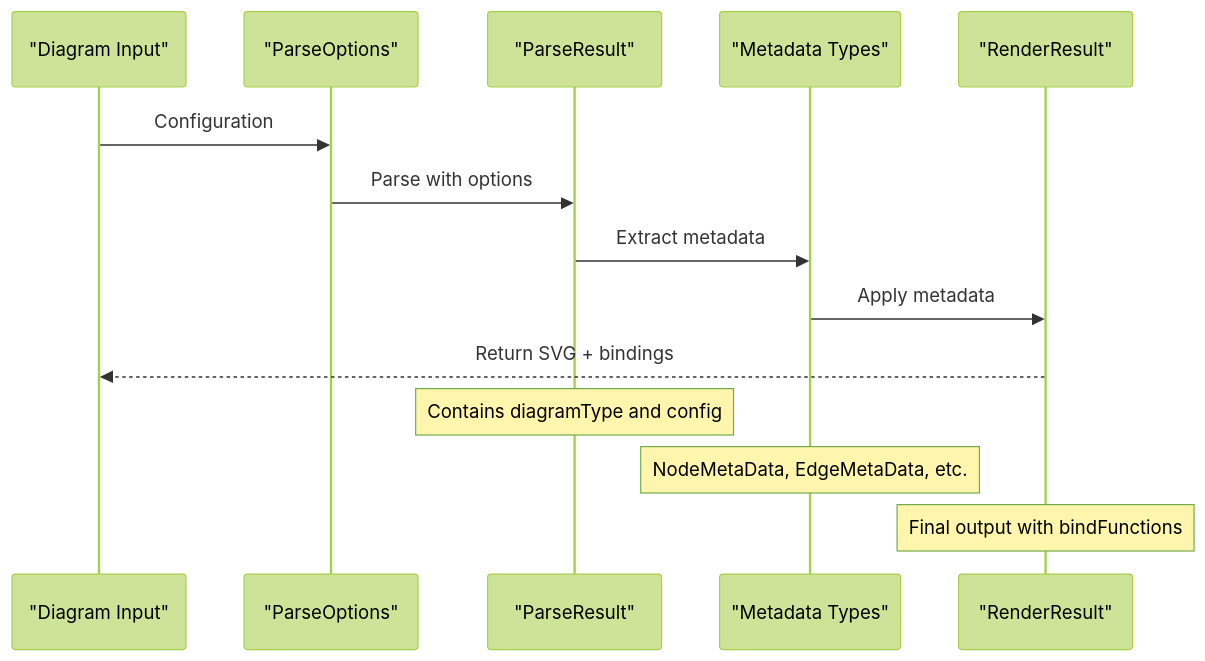
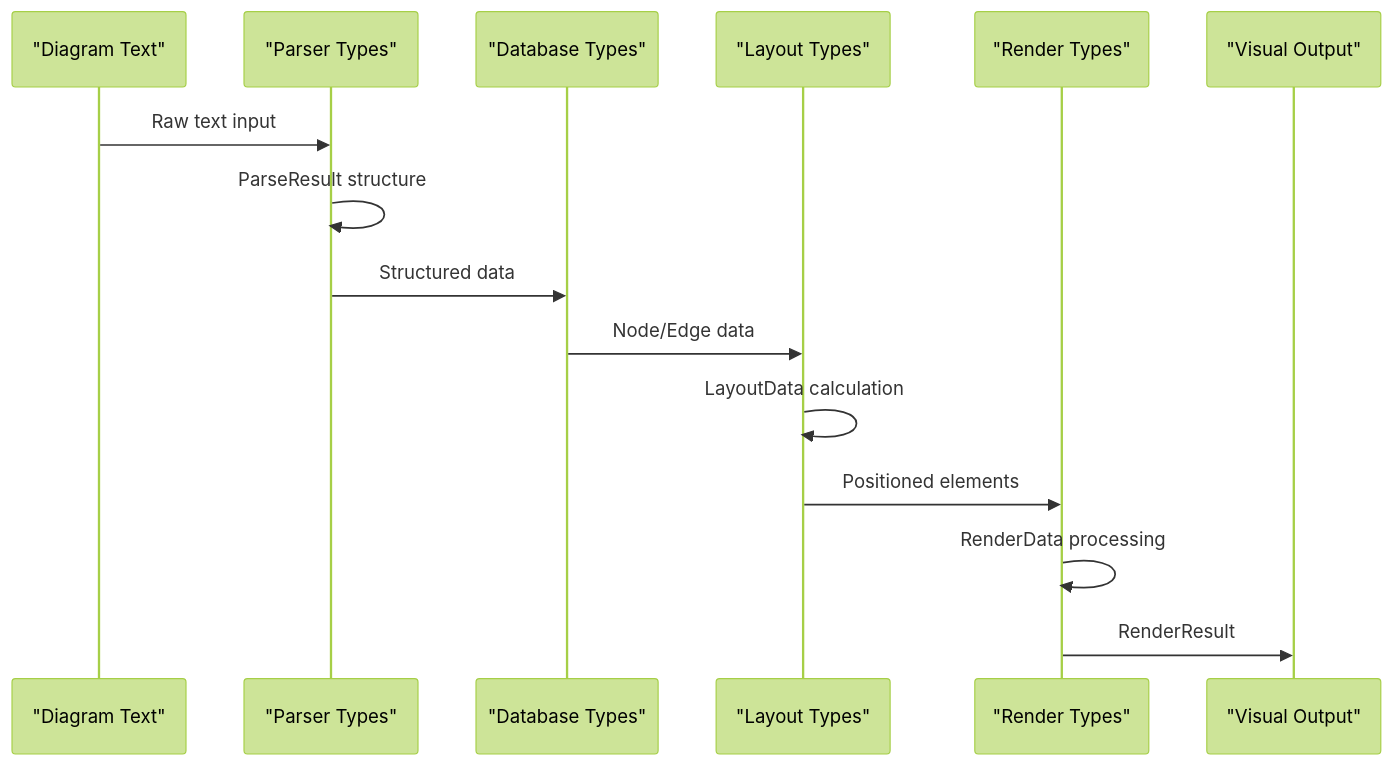
One commit to FSoft-AI4Code/codewiki-demo changed the third of 4 diagrams in docs/mermaid-js--mermaid-docs/types.md. Above: the diagram before and after it, drawn with Mermaid (forest theme). The commit also changed other lines of this file and 1103 other files, not shown here.

````diff
--- a/docs/mermaid-js--mermaid-docs/types.md
+++ b/docs/mermaid-js--mermaid-docs/types.md
@@ -294,18 +111,18 @@
 ```mermaid
 sequenceDiagram
-    participant Input as "Diagram Input"
-    participant ParseOptions as "ParseOptions"
-    participant ParseResult as "ParseResult"
-    participant Metadata as "Metadata Types"
-    participant RenderResult as "RenderResult"
+    participant Input as "Diagram Text"
+    participant Parser as "Parser Types"
+    participant DB as "Database Types"
+    participant Layout as "Layout Types"
+    participant Render as "Render Types"
+    participant Output as "Visual Output"
     
-    Input->>ParseOptions: Configuration
-    ParseOptions->>ParseResult: Parse with options
-    ParseResult->>Metadata: Extract metadata
-    Metadata->>RenderResult: Apply metadata
-    RenderResult-->>Input: Return SVG + bindings
-    
-    Note over ParseResult: Contains diagramType and config
-    Note over Metadata: NodeMetaData, EdgeMetaData, etc.
-    Note over RenderResult: Final output with bindFunctions
+    Input->>Parser: Raw text input
+    Parser->>Parser: ParseResult structure
+    Parser->>DB: Structured data
+    DB->>Layout: Node/Edge data
+    Layout->>Layout: LayoutData calculation
+    Layout->>Render: Positioned elements
+    Render->>Render: RenderData processing
+    Render->>Output: RenderResult
 ```
````
